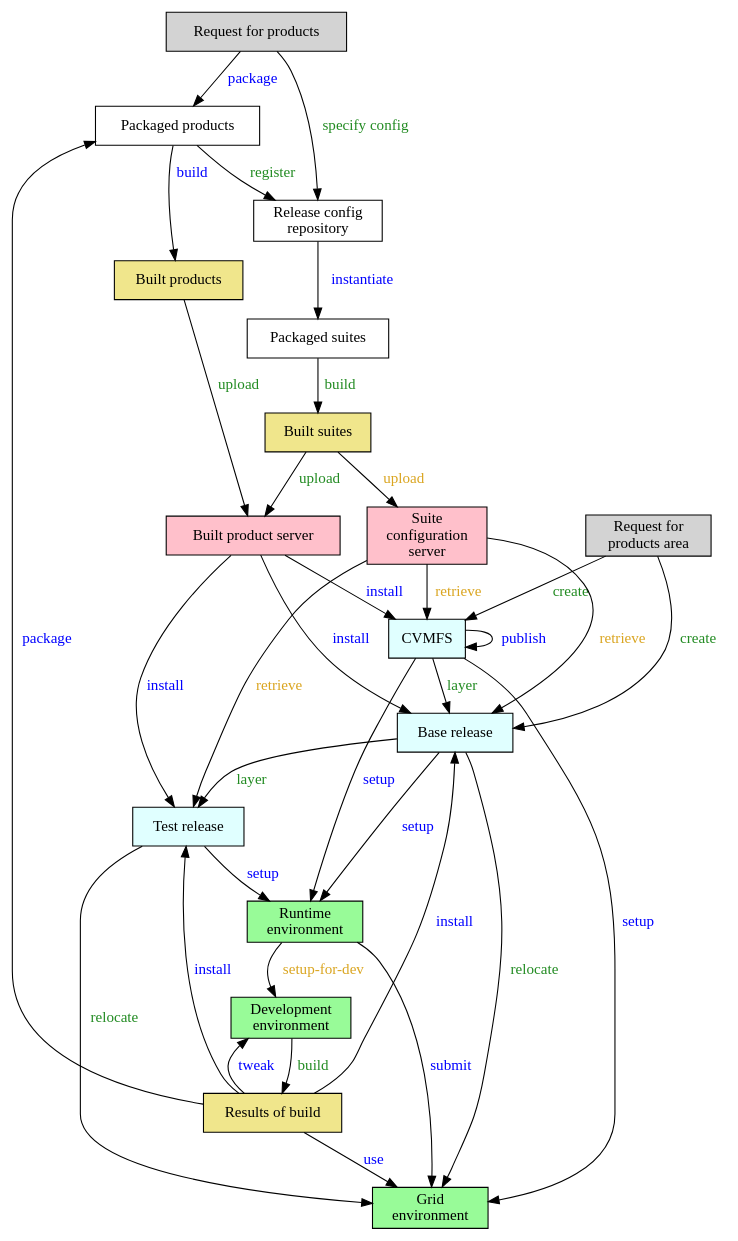
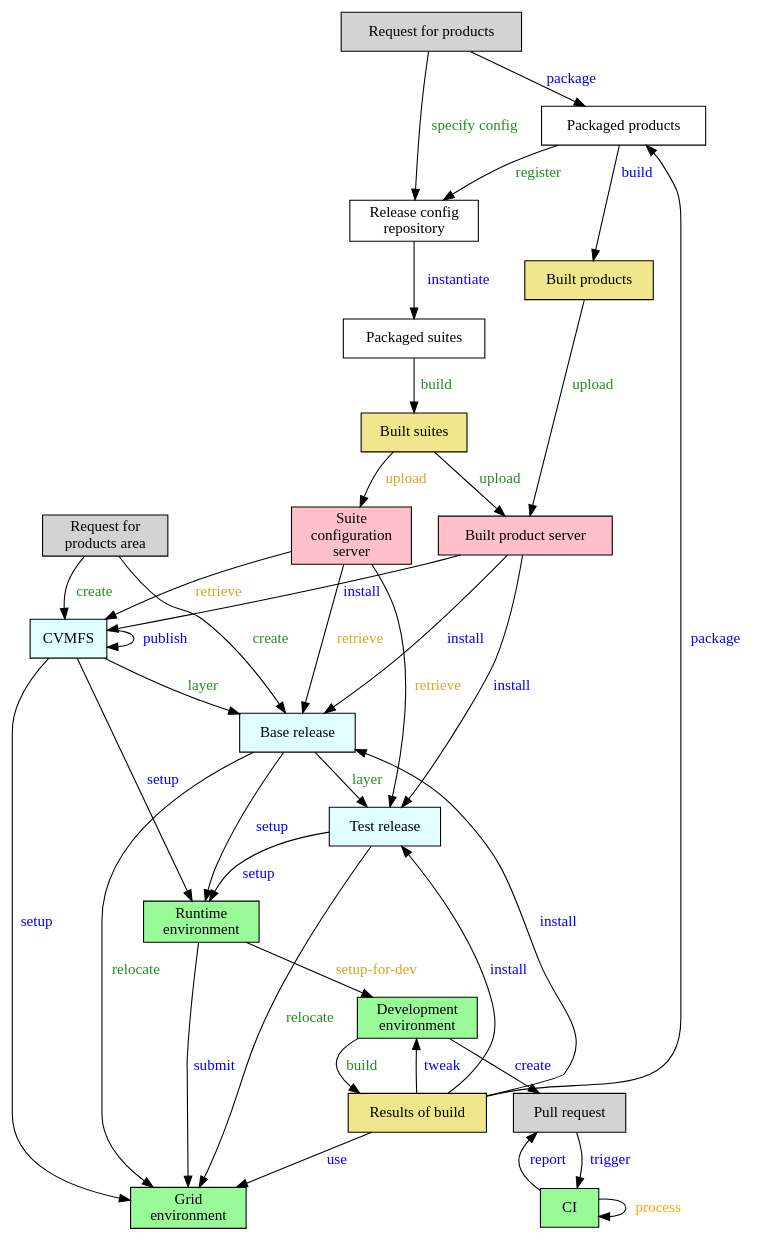
The diagram in spack.gv (marcpaterno/spack_retreat), drawn with Graphviz before and after one commit.

Commit message:
Don't forget CI.

```diff
--- a/spack.gv
+++ b/spack.gv
@@ -1,57 +1,63 @@
 digraph test {
 
   node [shape="rectangle"]
   nodesep=0.35
 
   request [label="Request for products", style=filled, fillcolor=lightgray]
   request_for_products_area [label="Request for\nproducts area", style=filled, fillcolor=lightgray]
   packaged_products [label="Packaged products"]
   scisoft [label="Built product server", style=filled, fillcolor=pink]
   suite_config_server [label="Suite\nconfiguration\nserver", style=filled, fillcolor=pink]
   build [label="Built products", style=filled, fillcolor=khaki]
   built_env [label="Built suites", style=filled, fillcolor=khaki]
   packaged_suites [label="Packaged suites"]
   release_config [label="Release config\nrepository"]
   developed [label="Results of build", style=filled, fillcolor=khaki]
   local_install [label="Base release", style=filled, fillcolor=lightcyan]
   test_release [label="Test release", style=filled, fillcolor=lightcyan]
   CVMFS [style=filled, fillcolor=lightcyan]
   runtime [label="Runtime\nenvironment", style=filled, fillcolor=palegreen]
   grid [label="Grid\nenvironment", style=filled, fillcolor=palegreen]
   development [label="Development\nenvironment", style=filled, fillcolor=palegreen]
+  PR [label="Pull request", style=filled, fillcolor=lightgray]
+  CI [style=filled, fillcolor=palegreen]
 
   CVMFS -> grid [label=" setup", fontcolor=blue]
   CVMFS -> runtime [label=" setup", fontcolor=blue]
   CVMFS -> local_install [label="layer", fontcolor=forestgreen]
   CVMFS -> CVMFS [label=" publish", fontcolor=blue]
   build -> scisoft [label=" upload", fontcolor=forestgreen]
   local_install -> grid [label=" relocate", fontcolor=forestgreen]
   local_install -> runtime [label=" setup", fontcolor=blue]
   local_install -> test_release[label="layer", fontcolor=forestgreen]
   packaged_products -> build [label=" build", fontcolor=blue]
   packaged_products -> release_config [label="register", fontcolor=forestgreen]
   packaged_suites -> built_env [label=" build", fontcolor=forestgreen]
   built_env -> scisoft [label="upload", fontcolor=forestgreen]
   built_env -> suite_config_server [label=" upload", fontcolor=goldenrod]
   release_config -> packaged_suites [label = " instantiate", fontcolor=blue]
   request -> packaged_products [label="package", fontcolor=blue]
   request -> release_config [label="specify config", fontcolor=forestgreen]
   request_for_products_area -> CVMFS [label=" create", fontcolor=forestgreen]
   request_for_products_area -> local_install [label=" create", fontcolor=forestgreen]
   scisoft -> CVMFS [label="install", fontcolor=blue]
   scisoft -> local_install [label="install", fontcolor=blue]
   scisoft -> test_release [label="install", fontcolor=blue]
   suite_config_server -> CVMFS [label="retrieve", fontcolor=goldenrod]
   suite_config_server -> local_install [label="retrieve", fontcolor=goldenrod]
   suite_config_server -> test_release [label="retrieve", fontcolor=goldenrod]
   test_release -> grid [label=" relocate", fontcolor=forestgreen]
   test_release -> runtime [label="setup", fontcolor=blue]
   runtime -> development [label=" setup-for-dev", fontcolor=goldenrod]
   runtime -> grid [label="submit", fontcolor=blue]
   development -> developed [label=" build", fontcolor=forestgreen]
+  development -> PR [label="create", fontcolor=blue]
+  PR -> CI [label="trigger", fontcolor=blue]
+  CI -> CI [label=" process", fontcolor=orange]
+  CI -> PR [label=" report", fontcolor=blue]
   developed -> development [label=" tweak", fontcolor=blue]
   developed -> local_install [label=" install", fontcolor=blue]
   developed -> grid [label="use", fontcolor=blue]
   developed -> packaged_products [label=" package", fontcolor=blue]
   developed -> test_release [label="install", fontcolor=blue]
 }
```
